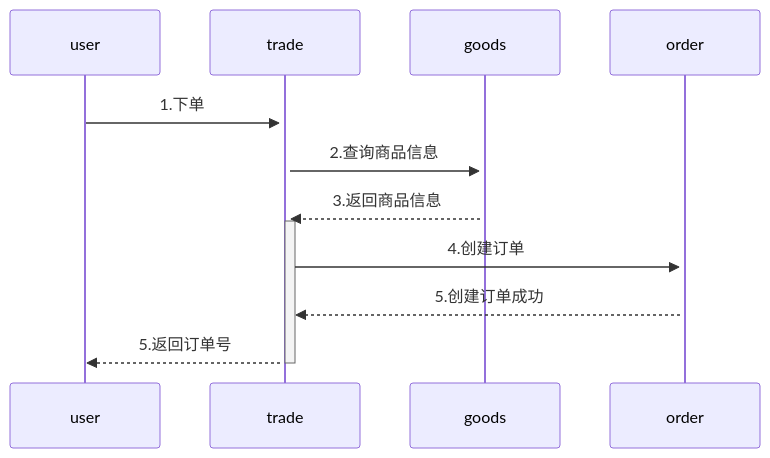
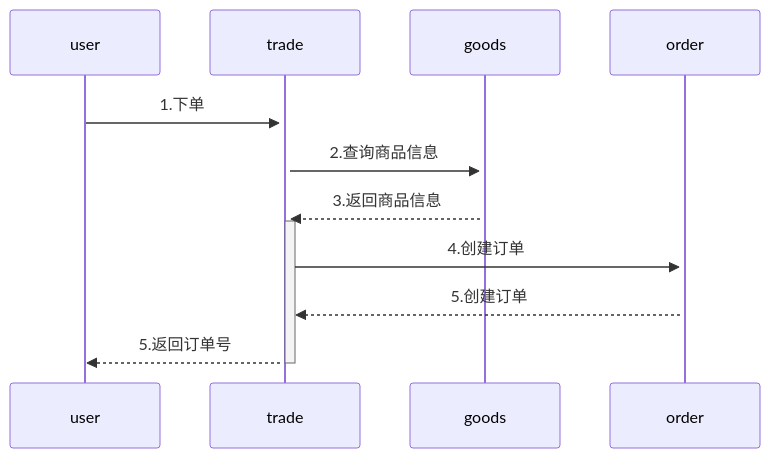
Before and after one commit to yingjianzh/iodraw-files: the diagram in all/未命名-6.md, drawn with Mermaid.

Commit message:
2024-08-19 15:22:05 update

````diff
--- a/all/未命名-6.md
+++ b/all/未命名-6.md
@@ -1,9 +1,9 @@
 ```mermaid
 sequenceDiagram
     user->>+trade: 1.下单
     trade->>+goods: 2.查询商品信息
     goods-->>+trade: 3.返回商品信息
     trade->>+order: 4.创建订单
-    order-->>trade: 5.创建订单成功
+    order-->>trade: 5.创建订单
     trade-->>-user: 5.返回订单号
 ```
````
